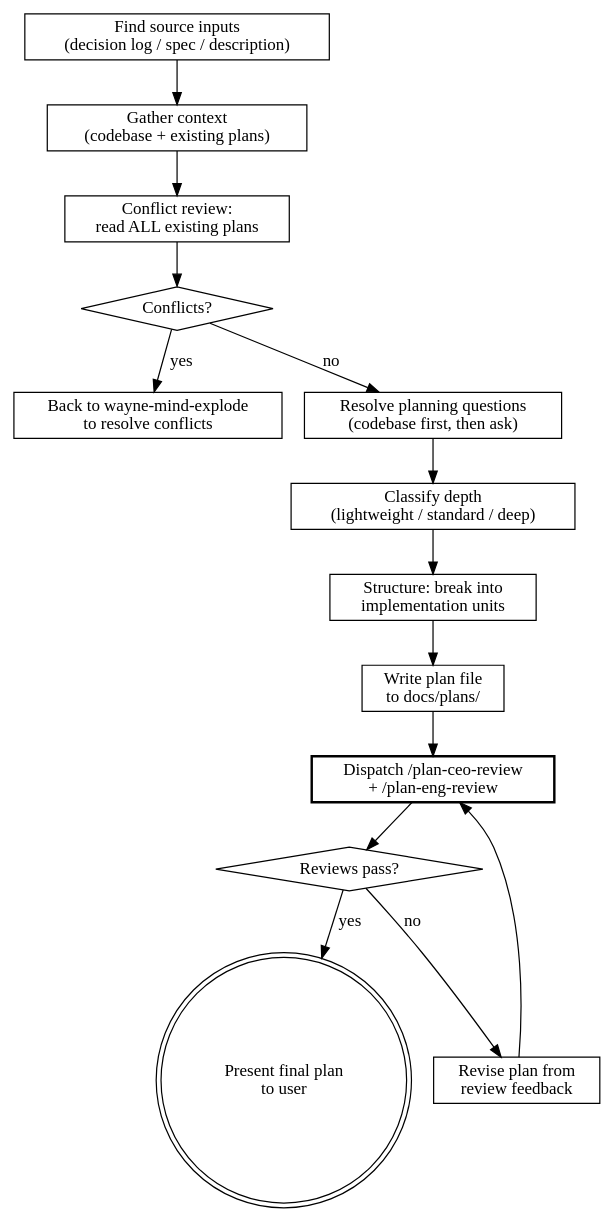
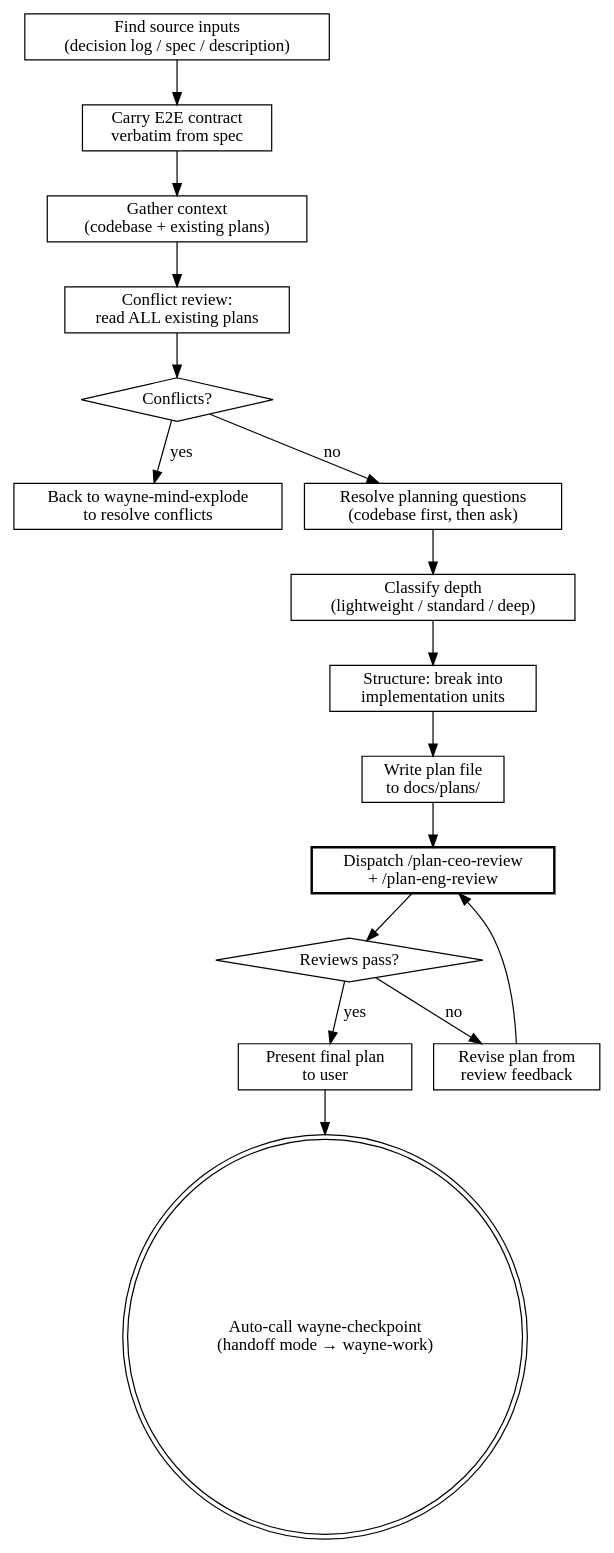
One commit to waynejing995/wayne-taste changed the diagram in wayne-plan/SKILL.md. Above: the diagram before and after it, drawn with Graphviz. The commit also changed other lines of this file and 11 other files, not shown here.

First line of the commit message:
feat: add E2E verification contract + handoff protocol to wayne pipeline

````diff
--- a/wayne-plan/SKILL.md
+++ b/wayne-plan/SKILL.md
@@ -75,33 +75,37 @@
 ```dot
 digraph plan {
     rankdir=TB;
 
     "Find source inputs\n(decision log / spec / description)" [shape=box];
+    "Carry E2E contract\nverbatim from spec" [shape=box];
     "Gather context\n(codebase + existing plans)" [shape=box];
     "Conflict review:\nread ALL existing plans" [shape=box];
     "Conflicts?" [shape=diamond];
     "Back to wayne-mind-explode\nto resolve conflicts" [shape=box];
     "Resolve planning questions\n(codebase first, then ask)" [shape=box];
     "Classify depth\n(lightweight / standard / deep)" [shape=box];
     "Structure: break into\nimplementation units" [shape=box];
     "Write plan file\nto docs/plans/" [shape=box];
     "Dispatch /plan-ceo-review\n+ /plan-eng-review" [shape=box, style=bold];
     "Reviews pass?" [shape=diamond];
     "Revise plan from\nreview feedback" [shape=box];
-    "Present final plan\nto user" [shape=doublecircle];
+    "Present final plan\nto user" [shape=box];
+    "Auto-call wayne-checkpoint\n(handoff mode → wayne-work)" [shape=doublecircle];
 
-    "Find source inputs\n(decision log / spec / description)" -> "Gather context\n(codebase + existing plans)";
+    "Find source inputs\n(decision log / spec / description)" -> "Carry E2E contract\nverbatim from spec";
+    "Carry E2E contract\nverbatim from spec" -> "Gather context\n(codebase + existing plans)";
     "Gather context\n(codebase + existing plans)" -> "Conflict review:\nread ALL existing plans";
     "Conflict review:\nread ALL existing plans" -> "Conflicts?";
     "Conflicts?" -> "Back to wayne-mind-explode\nto resolve conflicts" [label="yes"];
     "Conflicts?" -> "Resolve planning questions\n(codebase first, then ask)" [label="no"];
     "Resolve planning questions\n(codebase first, then ask)" -> "Classify depth\n(lightweight / standard / deep)";
     "Classify depth\n(lightweight / standard / deep)" -> "Structure: break into\nimplementation units";
     "Structure: break into\nimplementation units" -> "Write plan file\nto docs/plans/";
     "Write plan file\nto docs/plans/" -> "Dispatch /plan-ceo-review\n+ /plan-eng-review";
     "Dispatch /plan-ceo-review\n+ /plan-eng-review" -> "Reviews pass?";
     "Reviews pass?" -> "Present final plan\nto user" [label="yes"];
     "Reviews pass?" -> "Revise plan from\nreview feedback" [label="no"];
     "Revise plan from\nreview feedback" -> "Dispatch /plan-ceo-review\n+ /plan-eng-review";
+    "Present final plan\nto user" -> "Auto-call wayne-checkpoint\n(handoff mode → wayne-work)";
 }
 ```
````
